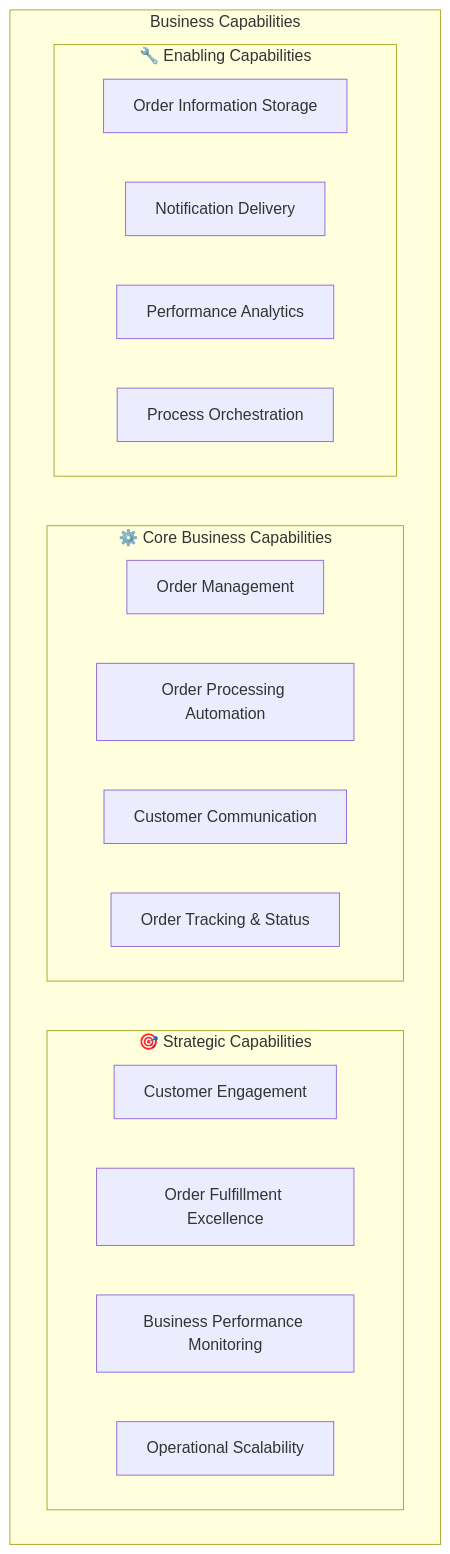
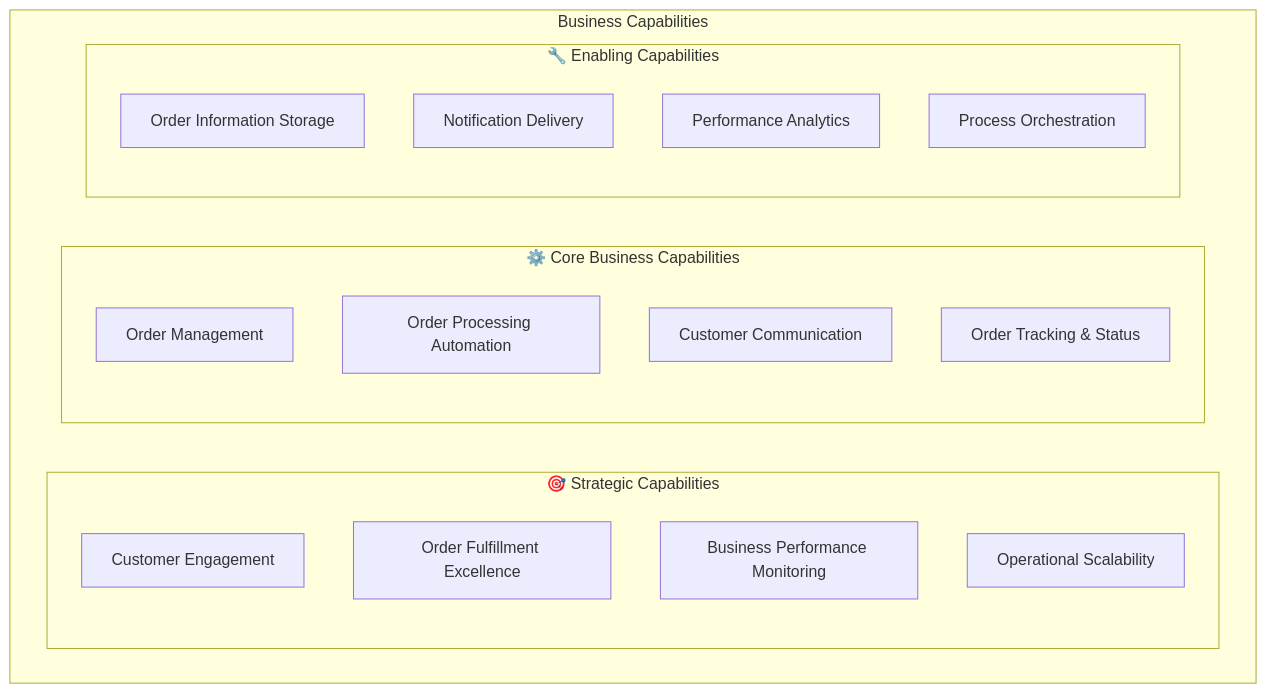
One commit to Evilazaro/Azure-LogicApps-Monitoring changed the first of 8 diagrams in docs/architecture/business-architecture.md. Above: the diagram before and after it, drawn with Mermaid.

Commit message:
docs: Remove flowchart direction from Business Capabilities for improved clarity

````diff
--- a/docs/architecture/business-architecture.md
+++ b/docs/architecture/business-architecture.md
@@ -126,28 +126,25 @@
 ```mermaid
 flowchart TD
     subgraph businesscap["Business Capabilities"]
         subgraph strategic["🎯 Strategic Capabilities"]
-            direction LR
             SC1["Customer Engagement"]
             SC2["Order Fulfillment Excellence"]
             SC3["Business Performance Monitoring"]
             SC4["Operational Scalability"]        
         end
         subgraph core["⚙️ Core Business Capabilities"]
-            direction LR
             CC1["Order Management"]
             CC2["Order Processing Automation"]
             CC3["Customer Communication"]
             CC4["Order Tracking & Status"]
         end
         subgraph enabling["🔧 Enabling Capabilities"]
-            direction LR
             EC1["Order Information Storage"]
             EC2["Notification Delivery"]
             EC3["Performance Analytics"]
             EC4["Process Orchestration"]
         end      
     end
     
 
 ```
````
